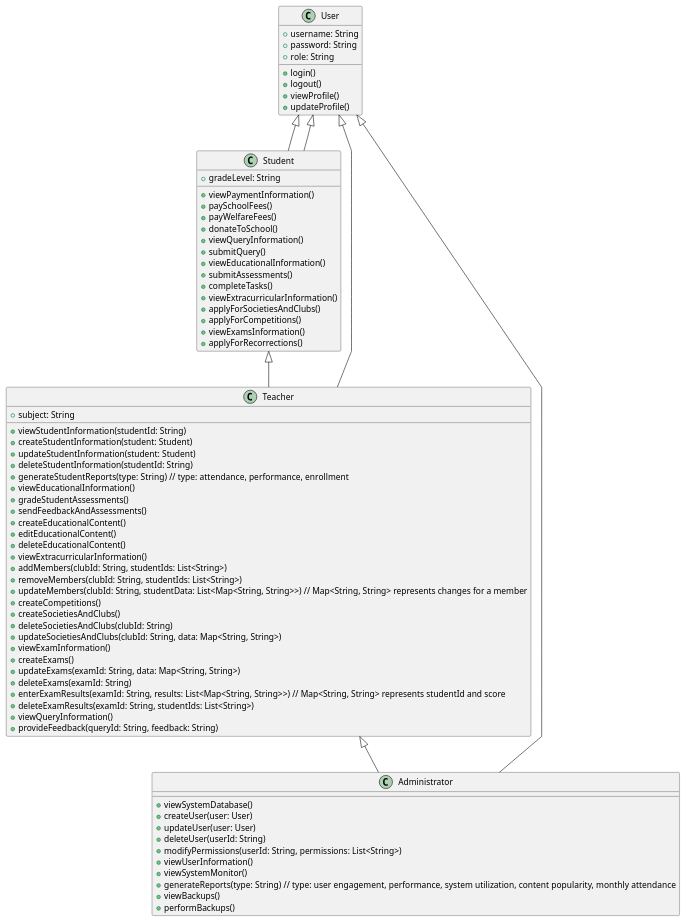
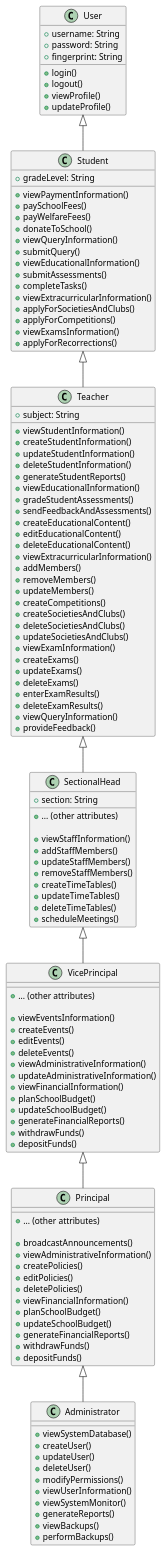
The diagram in School Management System Class Diagram.puml (AdithyaSean/School-Management-System), drawn with PlantUML before and after one commit.

Commit message:
modified:   School Management System Class Diagram.puml

```diff
--- a/School Management System Class Diagram.puml
+++ b/School Management System Class Diagram.puml
@@ -1,83 +1,126 @@
 @startuml School Management System
 skinparam linetype polyline
 
 class User {
   + username: String
   + password: String
-  + role: String
+  + fingerprint: String
 
   + login()
   + logout()
   + viewProfile()
   + updateProfile()
 }
 
 class Student extends User {
   + gradeLevel: String
 
   + viewPaymentInformation()
   + paySchoolFees()
   + payWelfareFees()
   + donateToSchool()
   + viewQueryInformation()
   + submitQuery()
   + viewEducationalInformation()
   + submitAssessments()
   + completeTasks()
   + viewExtracurricularInformation()
   + applyForSocietiesAndClubs()
   + applyForCompetitions()
   + viewExamsInformation()
   + applyForRecorrections()
 }
 
-class Teacher extends User {
+class Teacher extends Student {
   + subject: String
 
-  + viewStudentInformation(studentId: String)
-  + createStudentInformation(student: Student)
-  + updateStudentInformation(student: Student)
-  + deleteStudentInformation(studentId: String)
-  + generateStudentReports(type: String)  // type: attendance, performance, enrollment
+  + viewStudentInformation()
+  + createStudentInformation()
+  + updateStudentInformation()
+  + deleteStudentInformation()
+  + generateStudentReports()
   + viewEducationalInformation()
   + gradeStudentAssessments()
   + sendFeedbackAndAssessments()
   + createEducationalContent()
   + editEducationalContent()
   + deleteEducationalContent()
   + viewExtracurricularInformation()
-  + addMembers(clubId: String, studentIds: List<String>)
-  + removeMembers(clubId: String, studentIds: List<String>)
-  + updateMembers(clubId: String, studentData: List<Map<String, String>>) // Map<String, String> represents changes for a member
+  + addMembers()
+  + removeMembers()
+  + updateMembers()
   + createCompetitions()
   + createSocietiesAndClubs()
-  + deleteSocietiesAndClubs(clubId: String)
-  + updateSocietiesAndClubs(clubId: String, data: Map<String, String>)
+  + deleteSocietiesAndClubs()
+  + updateSocietiesAndClubs()
   + viewExamInformation()
   + createExams()
-  + updateExams(examId: String, data: Map<String, String>)
-  + deleteExams(examId: String)
-  + enterExamResults(examId: String, results: List<Map<String, String>>) // Map<String, String> represents studentId and score
-  + deleteExamResults(examId: String, studentIds: List<String>)
+  + updateExams()
+  + deleteExams()
+  + enterExamResults()
+  + deleteExamResults()
   + viewQueryInformation()
-  + provideFeedback(queryId: String, feedback: String)
+  + provideFeedback()
 }
 
-class Administrator extends User {
+class SectionalHead extends Teacher {
+  + section: String
+  + ... (other attributes)
+
+  + viewStaffInformation()
+  + addStaffMembers()
+  + updateStaffMembers()
+  + removeStaffMembers()
+  + createTimeTables()
+  + updateTimeTables()
+  + deleteTimeTables()
+  + scheduleMeetings()
+}
+
+class VicePrincipal extends SectionalHead {
+  + ... (other attributes)
+
+  + viewEventsInformation()
+  + createEvents()
+  + editEvents()
+  + deleteEvents()
+  + viewAdministrativeInformation()
+  + updateAdministrativeInformation()
+  + viewFinancialInformation()
+  + planSchoolBudget()
+  + updateSchoolBudget()
+  + generateFinancialReports()
+  + withdrawFunds()
+  + depositFunds()
+}
+
+class Principal extends VicePrincipal {
+  + ... (other attributes)
+
+  + broadcastAnnouncements()
+  + viewAdministrativeInformation()
+  + createPolicies()
+  + editPolicies()
+  + deletePolicies()
+  + viewFinancialInformation()
+  + planSchoolBudget()
+  + updateSchoolBudget()
+  + generateFinancialReports()
+  + withdrawFunds()
+  + depositFunds()
+}
+
+class Administrator extends Principal {
   + viewSystemDatabase()
-  + createUser(user: User)
-  + updateUser(user: User)
-  + deleteUser(userId: String)
-  + modifyPermissions(userId: String, permissions: List<String>)
+  + createUser()
+  + updateUser()
+  + deleteUser()
+  + modifyPermissions()
   + viewUserInformation()
   + viewSystemMonitor()
-  + generateReports(type: String)  // type: user engagement, performance, system utilization, content popularity, monthly attendance
+  + generateReports()
   + viewBackups()
   + performBackups()
 }
 
-User <|-- Student
-Student <|-- Teacher
-Teacher <|-- Administrator
-
 @enduml
```
